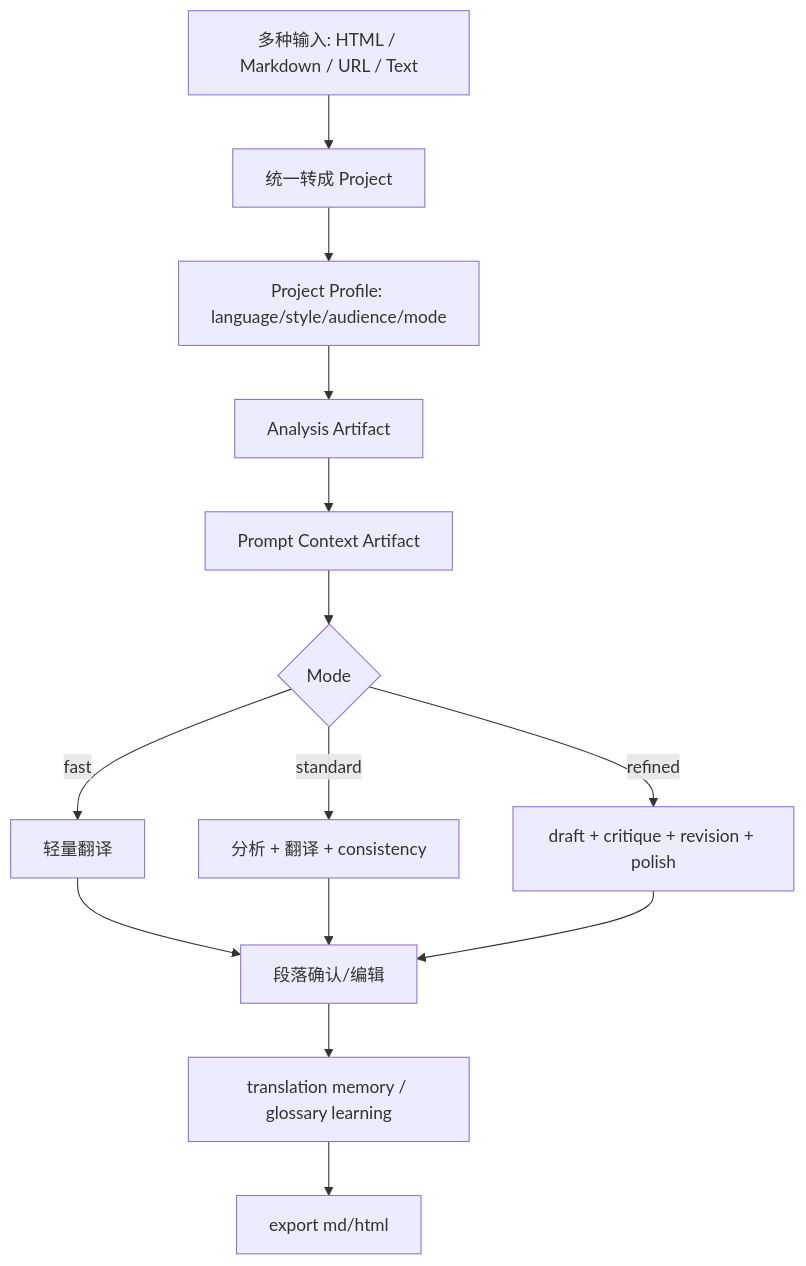
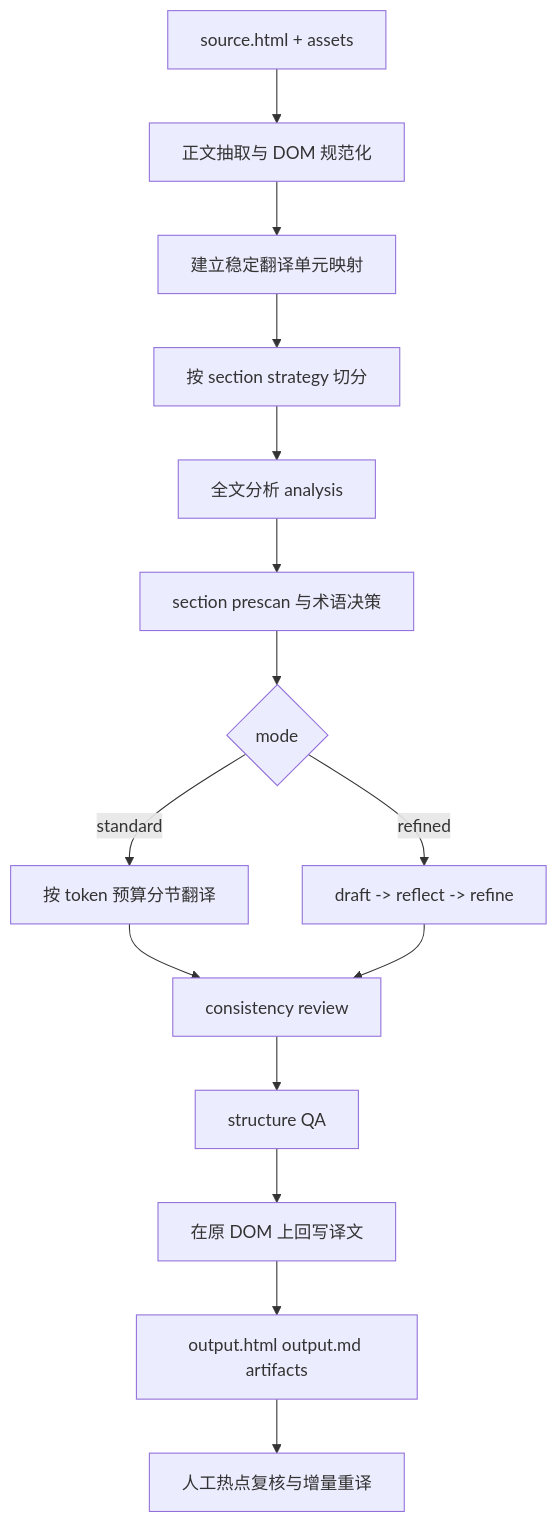
Before and after one commit to zzxxww01/translation-web: the second of 2 diagrams in docs/PROJECT_TRANSLATION_FLOW_VS_BAOYU_TRANSLATE.md, drawn with Mermaid. The commit also changed other lines of this file and 51 other files, not shown here.

Commit message:
feat: upgrade longform translation workflow and terminology review

````diff
--- a/docs/PROJECT_TRANSLATION_FLOW_VS_BAOYU_TRANSLATE.md
+++ b/docs/PROJECT_TRANSLATION_FLOW_VS_BAOYU_TRANSLATE.md
@@ -754,16 +703,17 @@
 ```mermaid
 flowchart TD
-    A[多种输入: HTML / Markdown / URL / Text] --> B[统一转成 Project]
-    B --> C[Project Profile: language/style/audience/mode]
-    C --> D[Analysis Artifact]
-    D --> E[Prompt Context Artifact]
-    E --> F{Mode}
-    F -->|fast| G[轻量翻译]
-    F -->|standard| H[分析 + 翻译 + consistency]
-    F -->|refined| I[draft + critique + revision + polish]
-    G --> J[段落确认/编辑]
-    H --> J
+    A[source.html + assets] --> B[正文抽取与 DOM 规范化]
+    B --> C[建立稳定翻译单元映射]
+    C --> D[按 section strategy 切分]
+    D --> E[全文分析 analysis]
+    E --> F[section prescan 与术语决策]
+    F --> G{mode}
+    G -->|standard| H[按 token 预算分节翻译]
+    G -->|refined| I[draft -> reflect -> refine]
+    H --> J[consistency review]
     I --> J
-    J --> K[translation memory / glossary learning]
-    K --> L[export md/html]
+    J --> K[structure QA]
+    K --> L[在原 DOM 上回写译文]
+    L --> M[output.html output.md artifacts]
+    M --> N[人工热点复核与增量重译]
 ```
````
